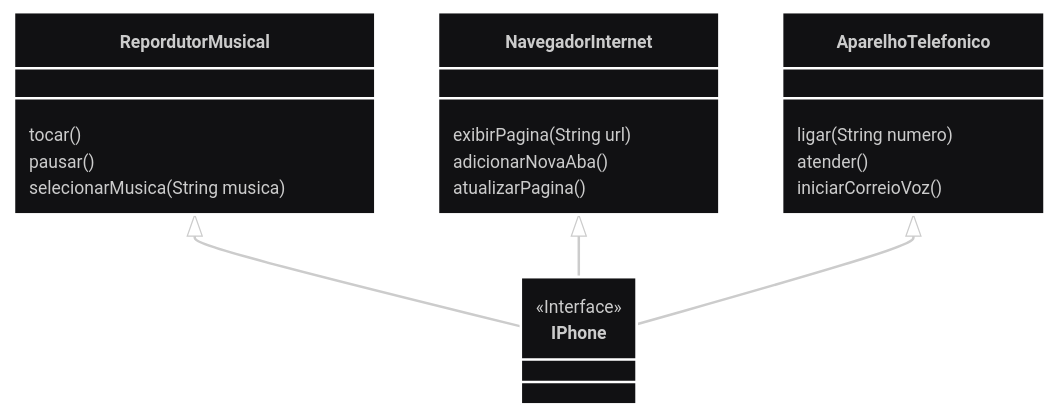
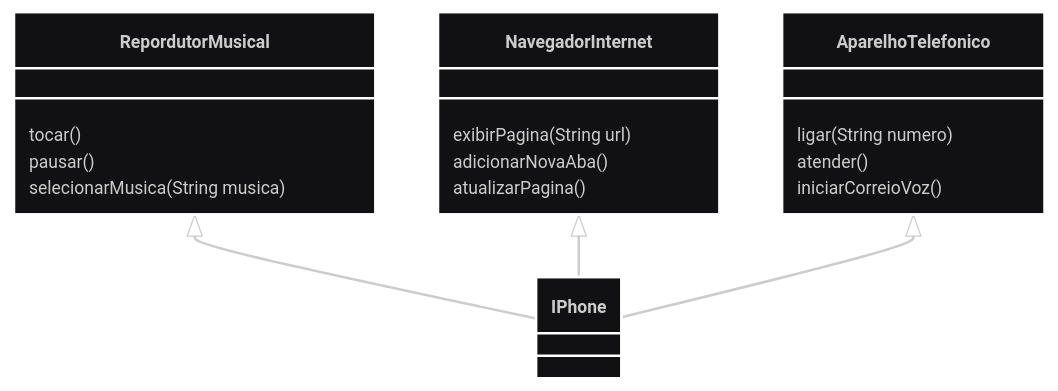
One commit to emanuelflavio/desafio-fluxo-dio changed the diagram in README.md. Above: the diagram before and after it, drawn with Mermaid.

Commit message:
Update README.md
novos ajustes

````diff
--- a/README.md
+++ b/README.md
@@ -1,29 +1,28 @@
 ```mermaid
 ---
 config:
   theme: redux-dark
 ---
 classDiagram
 direction TB
     class IPhone {
     }
     class RepordutorMusical {
 	    tocar()
 	    pausar()
 	    selecionarMusica(String musica)
     }
     class NavegadorInternet {
 	    exibirPagina(String url)
 	    adicionarNovaAba()
 	    atualizarPagina()
     }
     class AparelhoTelefonico {
 	    ligar(String numero)
 	    atender()
 	    iniciarCorreioVoz()
     }
-	<<Interface>> IPhone
     RepordutorMusical <|-- IPhone
     NavegadorInternet <|-- IPhone
     AparelhoTelefonico <|-- IPhone
 ```
````
